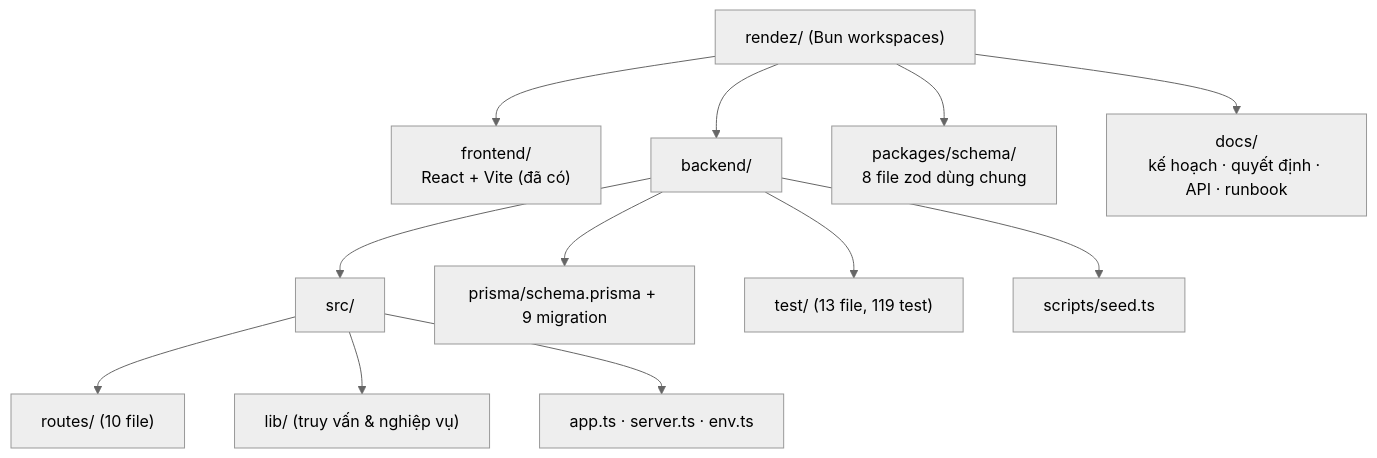
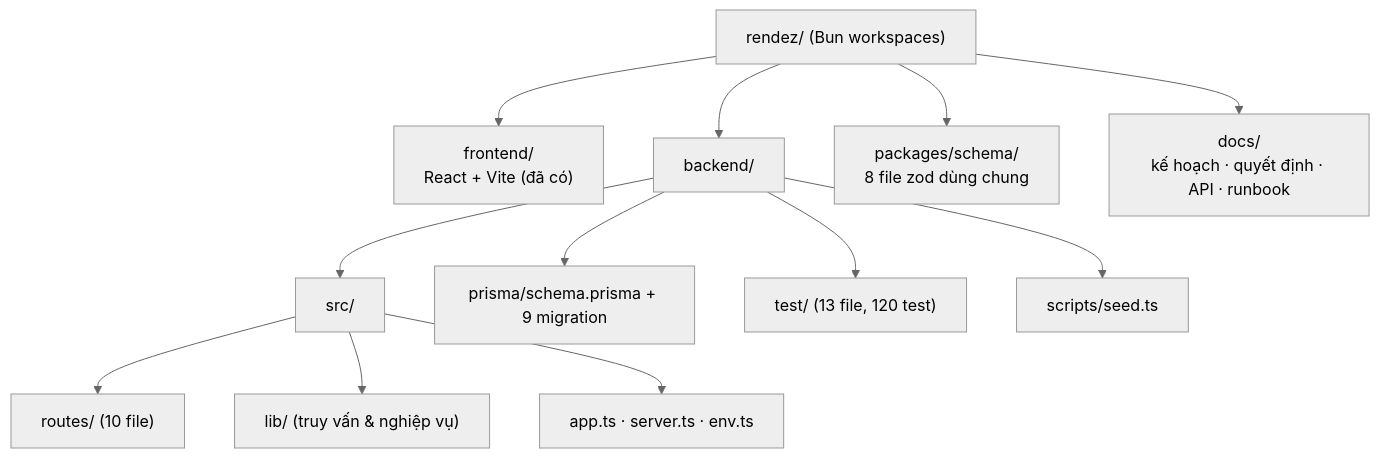
One commit to longqt321/Rendez-PBL6 changed the sixth of 14 diagrams in docs/bao-cao/BAO-CAO-DO-AN.md. Above: the diagram before and after it, drawn with Mermaid (neutral theme). The commit also changed other lines of this file and 3 other files, not shown here.

````diff
--- a/docs/bao-cao/BAO-CAO-DO-AN.md
+++ b/docs/bao-cao/BAO-CAO-DO-AN.md
@@ -439,15 +439,15 @@
 ```mermaid
 flowchart TB
   Root["rendez/ (Bun workspaces)"]
   Root --> FE["frontend/<br/>React + Vite (đã có)"]
   Root --> BE["backend/"]
   Root --> PKG["packages/schema/<br/>8 file zod dùng chung"]
   Root --> DOC["docs/<br/>kế hoạch · quyết định · API · runbook"]
   BE --> SRC["src/"]
   SRC --> R["routes/ (10 file)"]
   SRC --> L["lib/ (truy vấn & nghiệp vụ)"]
   SRC --> I["app.ts · server.ts · env.ts"]
   BE --> PR["prisma/schema.prisma + 9 migration"]
-  BE --> T["test/ (13 file, 119 test)"]
+  BE --> T["test/ (13 file, 120 test)"]
   BE --> SC["scripts/seed.ts"]
 ```
````
